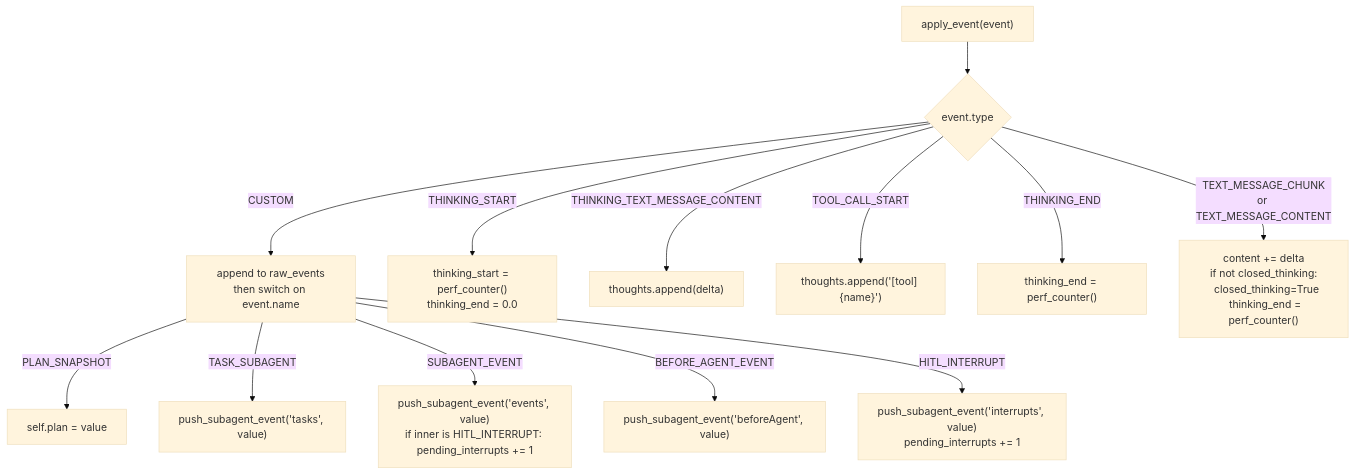
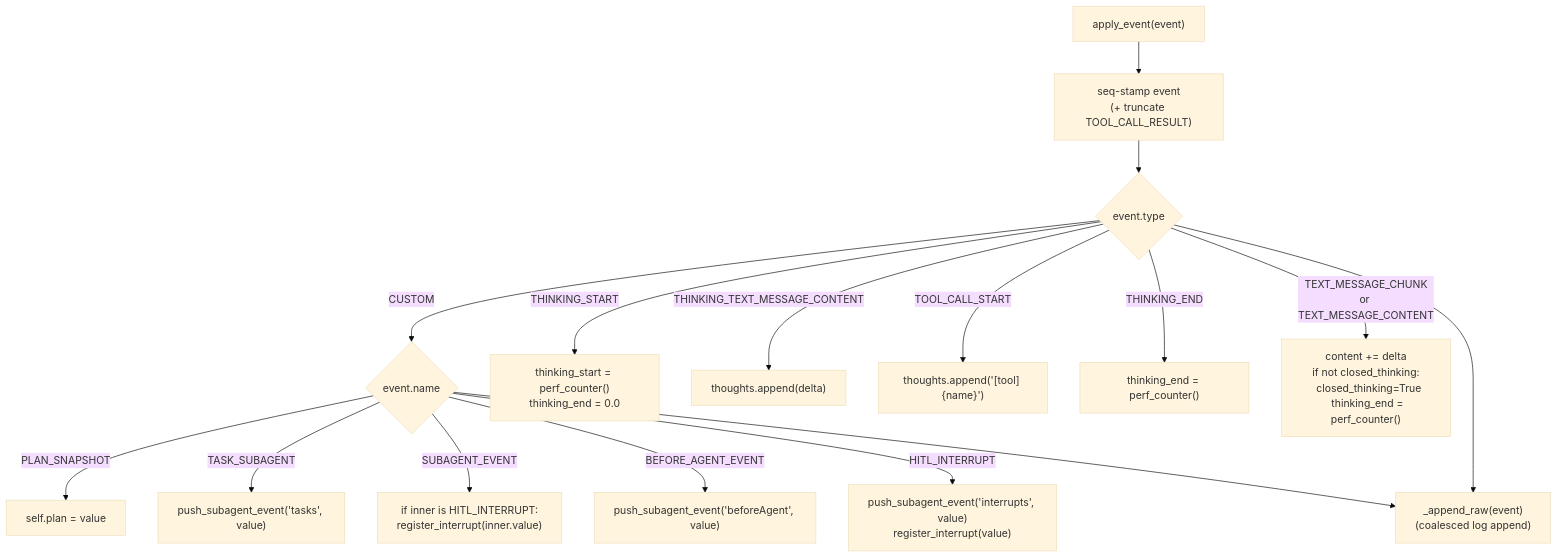
Before and after one commit to konstantinosmpouros/mAgenticX: the sixth of 9 diagrams in docs/development/agui-protocol.md, drawn with Mermaid (base theme). The commit also changed other lines of this file and 39 other files, not shown here.

Commit message:
Agent run timeline rebuild: event-log fold + interleaved CoT/content + HITL takeover

````diff
--- a/docs/development/agui-protocol.md
+++ b/docs/development/agui-protocol.md
@@ -355,15 +359,17 @@
 ```mermaid
 flowchart TD
-    A["apply_event(event)"] --> B{event.type}
-    B -->|"CUSTOM"| C["append to raw_events\nthen switch on event.name"]
+    A["apply_event(event)"] --> S["seq-stamp event\n(+ truncate TOOL_CALL_RESULT)"]
+    S --> B{event.type}
+    B -->|"CUSTOM"| C{event.name}
     C -->|"PLAN_SNAPSHOT"| D["self.plan = value"]
     C -->|"TASK_SUBAGENT"| E["push_subagent_event('tasks', value)"]
-    C -->|"SUBAGENT_EVENT"| F["push_subagent_event('events', value)\nif inner is HITL_INTERRUPT: pending_interrupts += 1"]
+    C -->|"SUBAGENT_EVENT"| F["if inner is HITL_INTERRUPT:\nregister_interrupt(inner.value)"]
     C -->|"BEFORE_AGENT_EVENT"| G["push_subagent_event('beforeAgent', value)"]
-    C -->|"HITL_INTERRUPT"| H["push_subagent_event('interrupts', value)\npending_interrupts += 1"]
+    C -->|"HITL_INTERRUPT"| H["push_subagent_event('interrupts', value)\nregister_interrupt(value)"]
     B -->|"THINKING_START"| I["thinking_start = perf_counter()\nthinking_end = 0.0"]
     B -->|"THINKING_TEXT_MESSAGE_CONTENT"| J["thoughts.append(delta)"]
     B -->|"TOOL_CALL_START"| K["thoughts.append('[tool] {name}')"]
     B -->|"THINKING_END"| L["thinking_end = perf_counter()"]
     B -->|"TEXT_MESSAGE_CHUNK\nor TEXT_MESSAGE_CONTENT"| M["content += delta\nif not closed_thinking:\n  closed_thinking=True\n  thinking_end = perf_counter()"]
+    B & C --> Z["_append_raw(event)\n(coalesced log append)"]
 ```
````
